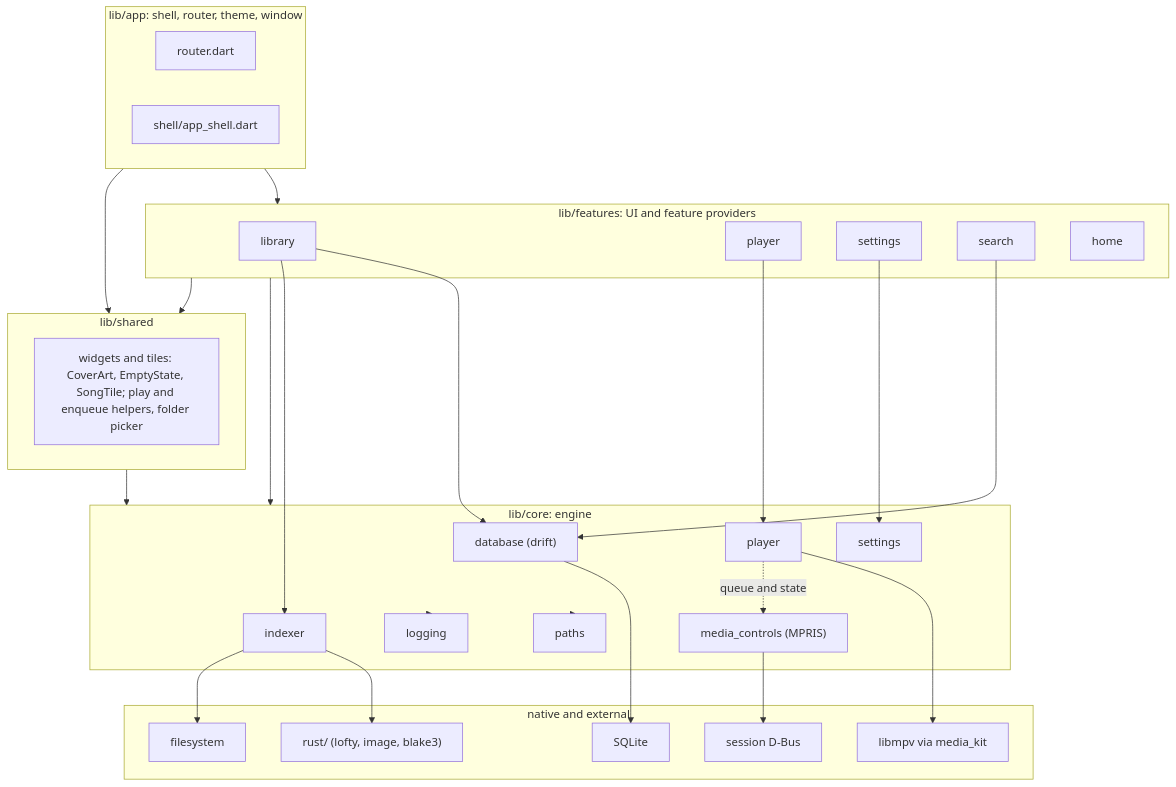
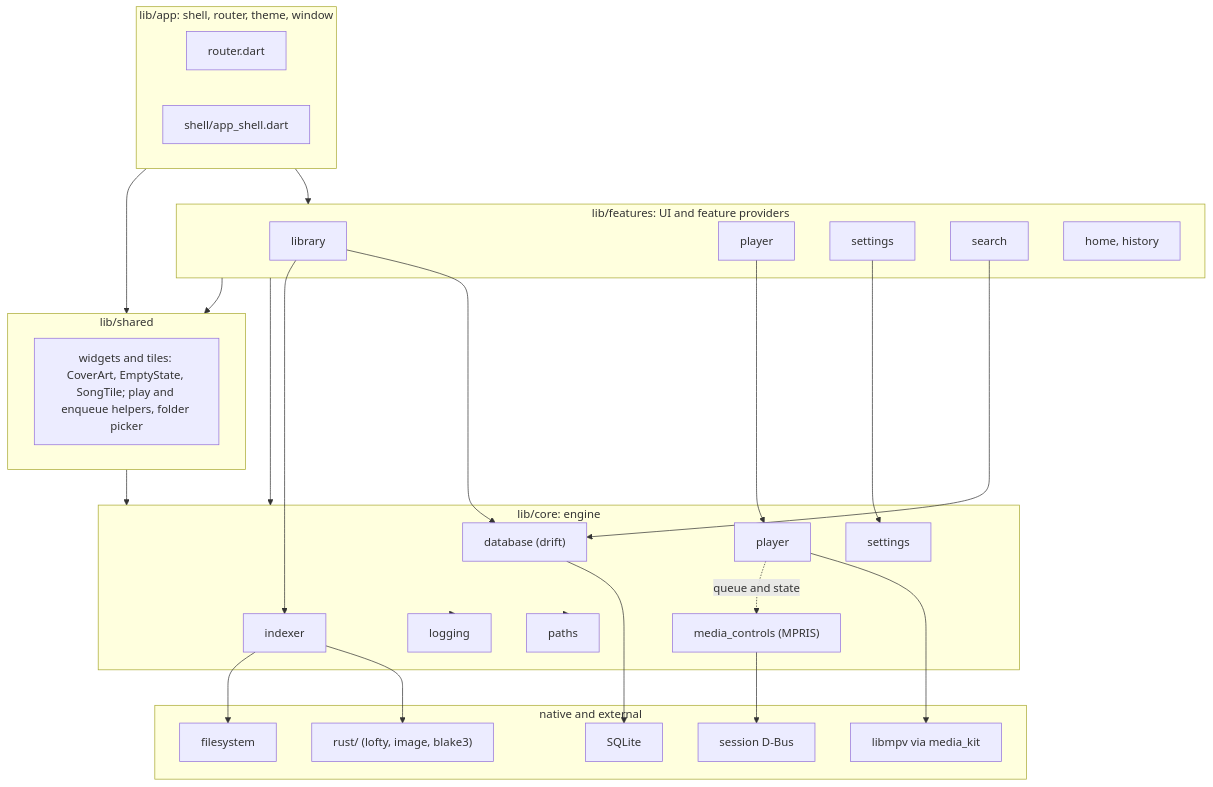
Before and after one commit to kanaru313/kanaru: the first of 8 diagrams in docs/system-architecture.md, drawn with Mermaid. The commit also changed other lines of this file and 21 other files, not shown here.

````diff
--- a/docs/system-architecture.md
+++ b/docs/system-architecture.md
@@ -24,56 +24,56 @@
 ```mermaid
 flowchart TD
     subgraph APP ["lib/app: shell, router, theme, window"]
         Router["router.dart"]
         Shell["shell/app_shell.dart"]
     end
 
     subgraph FEAT ["lib/features: UI and feature providers"]
         Library["library"]
         Player["player"]
         Settings["settings"]
         Search["search"]
-        Placeholders["home"]
+        Placeholders["home, history"]
     end
 
     subgraph SHARED ["lib/shared"]
         Widgets["widgets and tiles: CoverArt, EmptyState, SongTile; play and enqueue helpers, folder picker"]
     end
 
     subgraph CORE ["lib/core: engine"]
         Database["database (drift)"]
         Indexer["indexer"]
         PlayerCore["player"]
         MediaCtl["media_controls (MPRIS)"]
         SettingsCore["settings"]
         Logging["logging"]
         Paths["paths"]
     end
 
     subgraph NATIVE ["native and external"]
         Rust["rust/ (lofty, image, blake3)"]
         Mpv["libmpv via media_kit"]
         Sqlite["SQLite"]
         DBus["session D-Bus"]
         FS["filesystem"]
     end
 
     APP --> FEAT
     APP --> SHARED
     FEAT --> CORE
     FEAT --> SHARED
     SHARED --> CORE
     Library --> Database
     Search --> Database
     Library --> Indexer
     Player --> PlayerCore
     Settings --> SettingsCore
     Indexer --> Rust
     Indexer --> FS
     Database --> Sqlite
     PlayerCore --> Mpv
     MediaCtl --> DBus
     PlayerCore -. "queue and state" .-> MediaCtl
     CORE --> Paths
     CORE --> Logging
 ```
````
